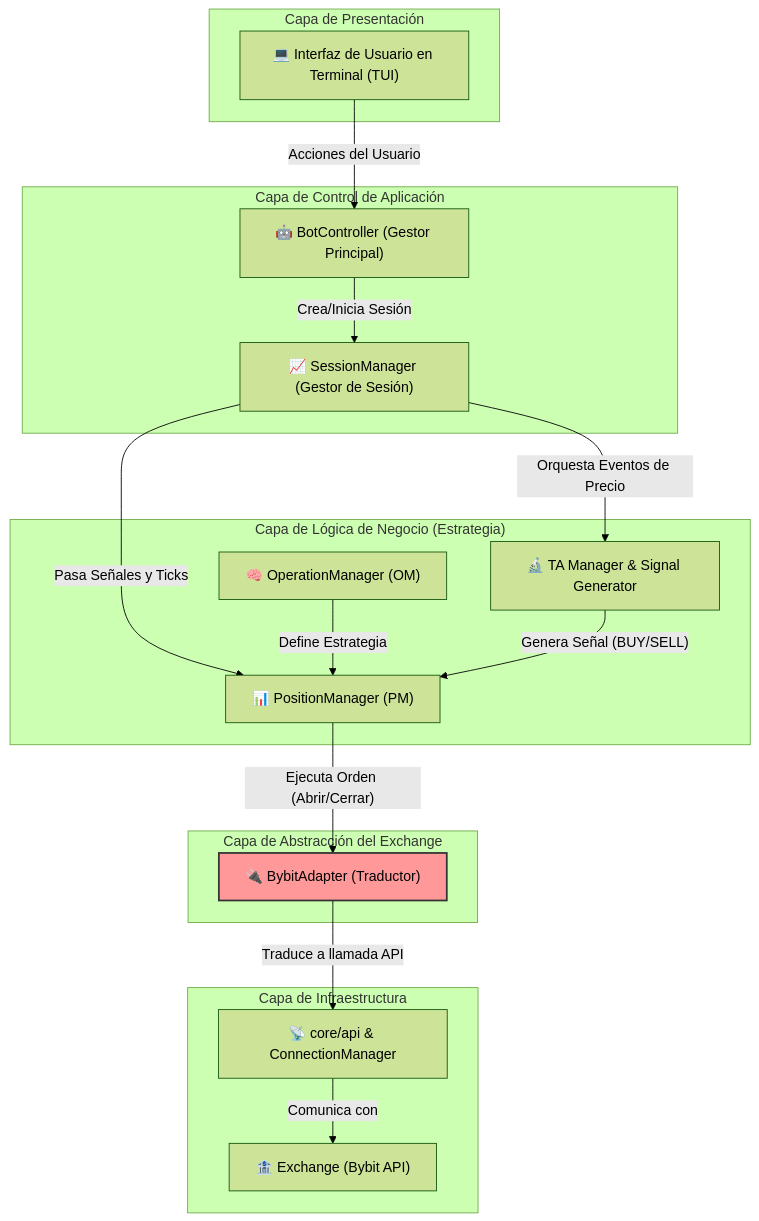
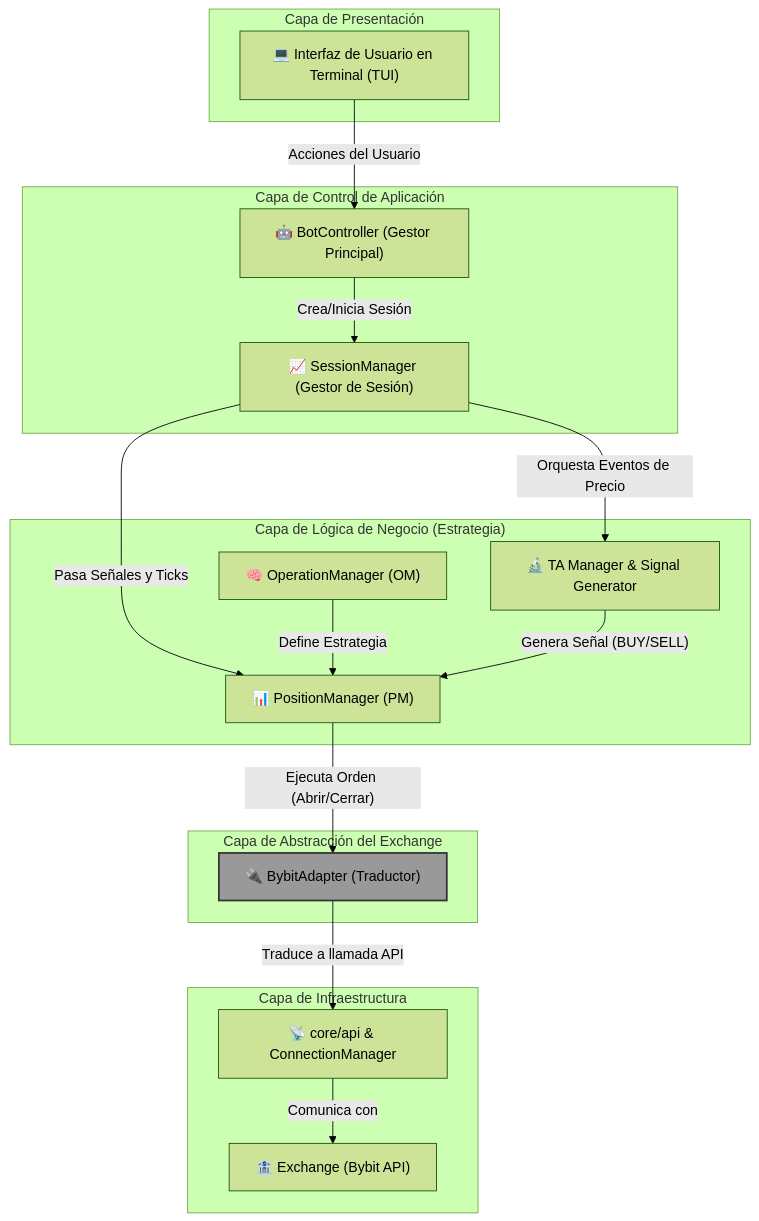
One commit to zantgo/bybit-futures-bot changed the diagram in README.md. Above: the diagram before and after it, drawn with Mermaid (forest theme).

````diff
--- a/README.md
+++ b/README.md
@@ -36,38 +36,38 @@
 ```mermaid
 graph TD
     subgraph "Capa de Presentación"
         TUI["💻 Interfaz de Usuario en Terminal (TUI)"]
     end
 
     subgraph "Capa de Control de Aplicación"
         BotController["🤖 BotController (Gestor Principal)"]
         SessionManager["📈 SessionManager (Gestor de Sesión)"]
     end
 
     subgraph "Capa de Lógica de Negocio (Estrategia)"
         OM["🧠 OperationManager (OM)"]
         PM["📊 PositionManager (PM)"]
         TA_Signal["🔬 TA Manager & Signal Generator"]
     end
 
     subgraph "Capa de Abstracción del Exchange"
-        style Adapter fill:#f99,stroke:#333,stroke-width:2px
+        style Adapter fill:#999,stroke:#333,stroke-width:2px
         Adapter["🔌 BybitAdapter (Traductor)"]
     end
 
     subgraph "Capa de Infraestructura"
         API["📡 core/api & ConnectionManager"]
         Bybit["🏦 Exchange (Bybit API)"]
     end
 
     %% --- Conexiones entre capas ---
     TUI -- "Acciones del Usuario" --> BotController
     BotController -- "Crea/Inicia Sesión" --> SessionManager
     SessionManager -- "Orquesta Eventos de Precio" --> TA_Signal
     SessionManager -- "Pasa Señales y Ticks" --> PM
     OM -- "Define Estrategia" --> PM
     TA_Signal -- "Genera Señal (BUY/SELL)" --> PM
     PM -- "Ejecuta Orden (Abrir/Cerrar)" --> Adapter
     Adapter -- "Traduce a llamada API" --> API
     API -- "Comunica con" --> Bybit
 ```
````
